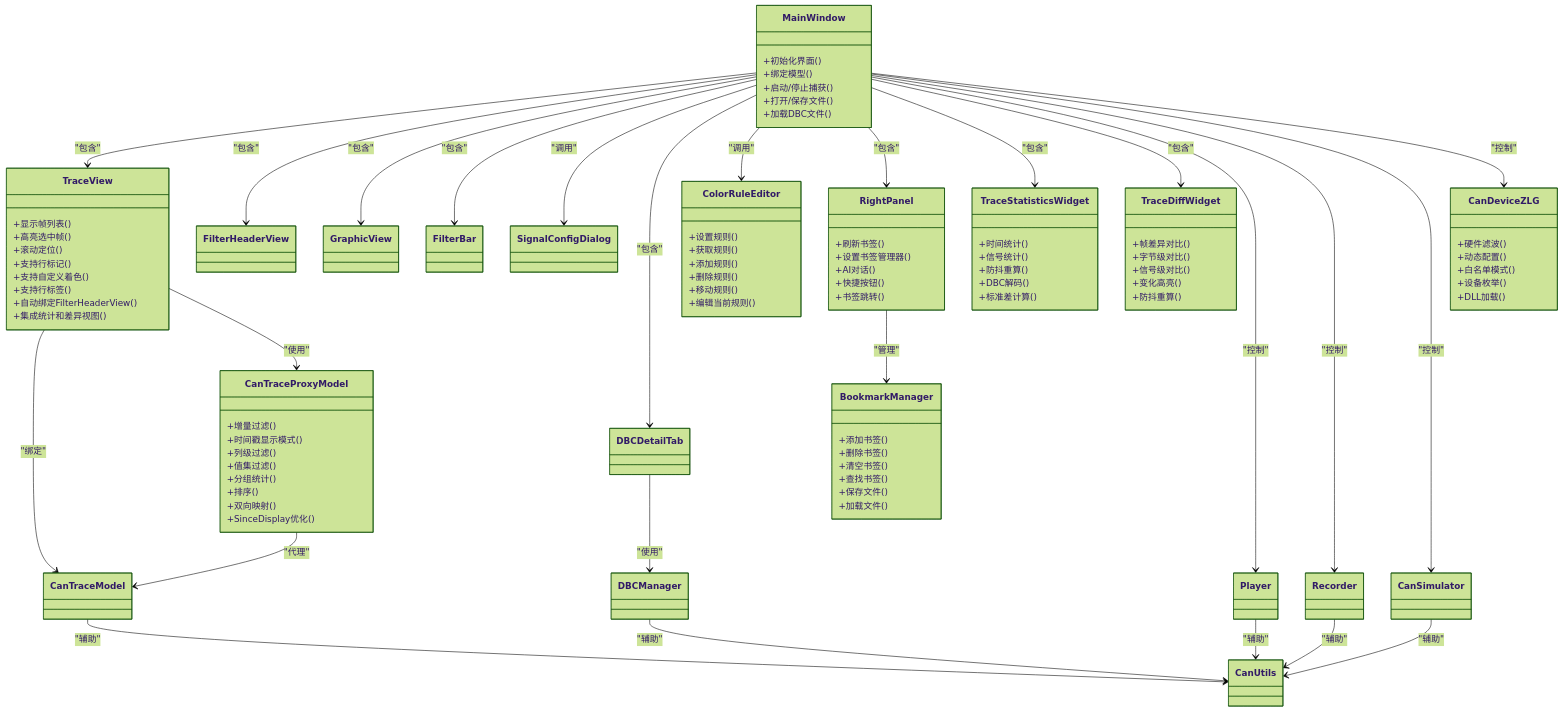
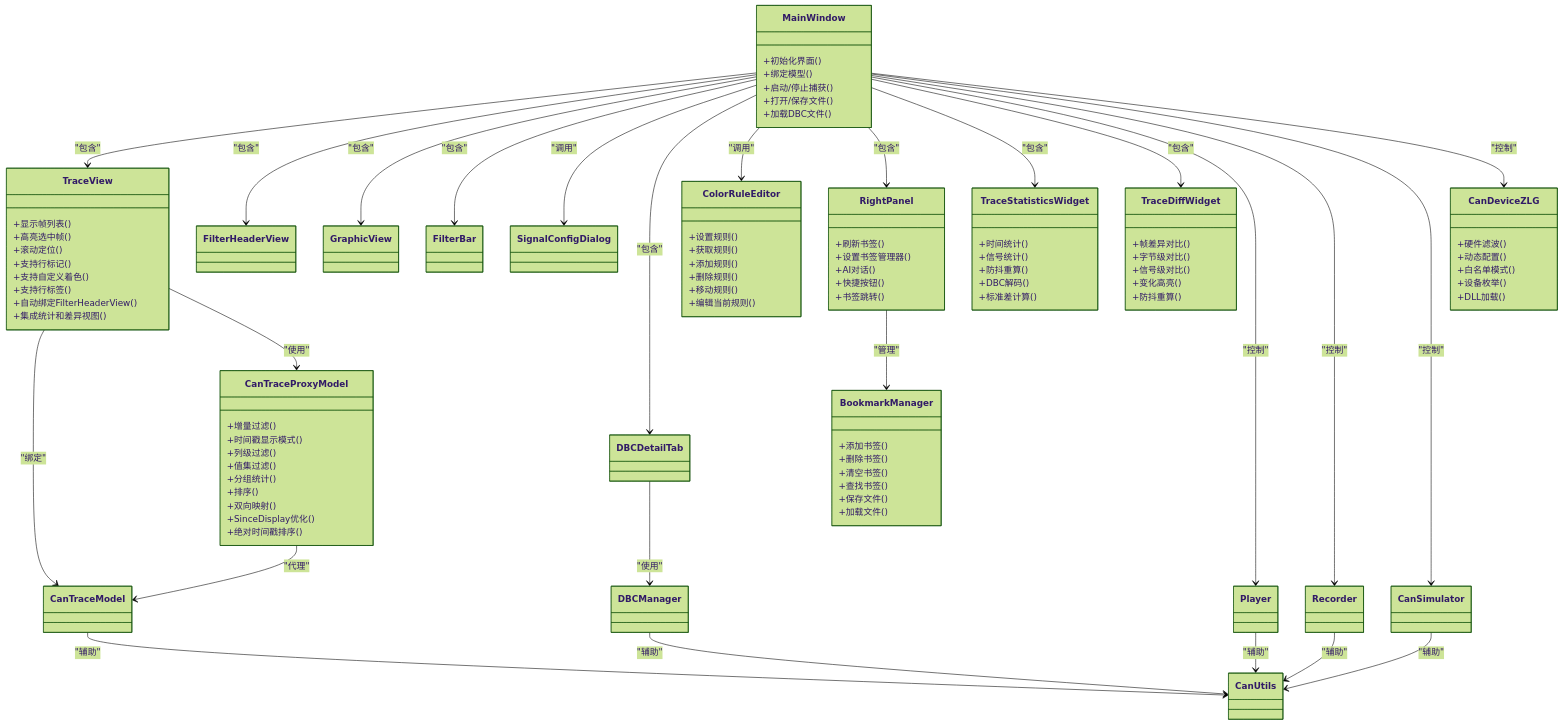
The second of 8 diagrams in .qoder/repowiki/zh/content/项目概述/CAN总线分析工具.md (jakecai1225-design/OpenBus), drawn with Mermaid (forest theme) before and after one commit. The commit also changed other lines of this file and 10 other files, not shown here.

Commit message:
flow指示灯，模拟器开关

```diff
--- a/.qoder/repowiki/zh/content/项目概述/CAN总线分析工具.md
+++ b/.qoder/repowiki/zh/content/项目概述/CAN总线分析工具.md
@@ -217,6 +218,7 @@
 +排序()
 +双向映射()
 +SinceDisplay优化()
++绝对时间戳排序()
 }
 class TraceStatisticsWidget {
 +时间统计()
```
